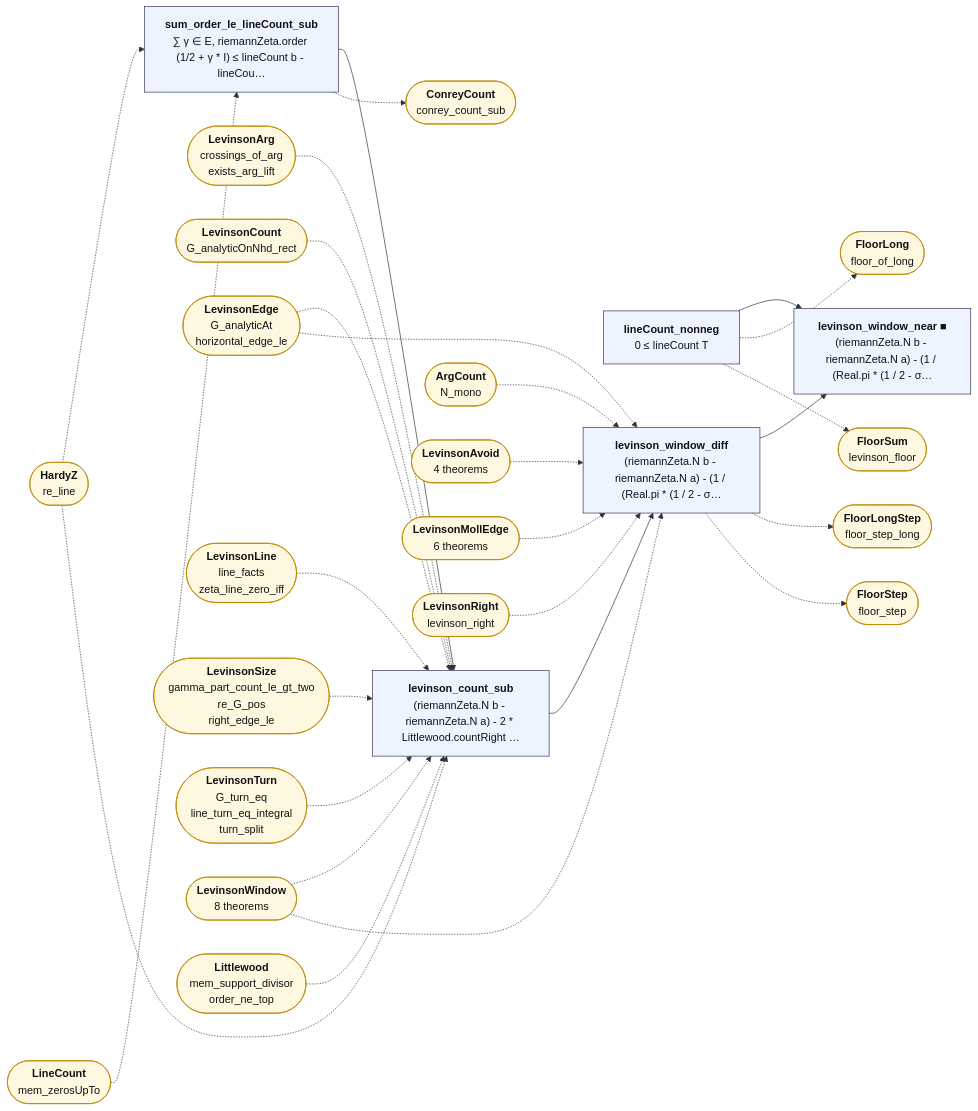
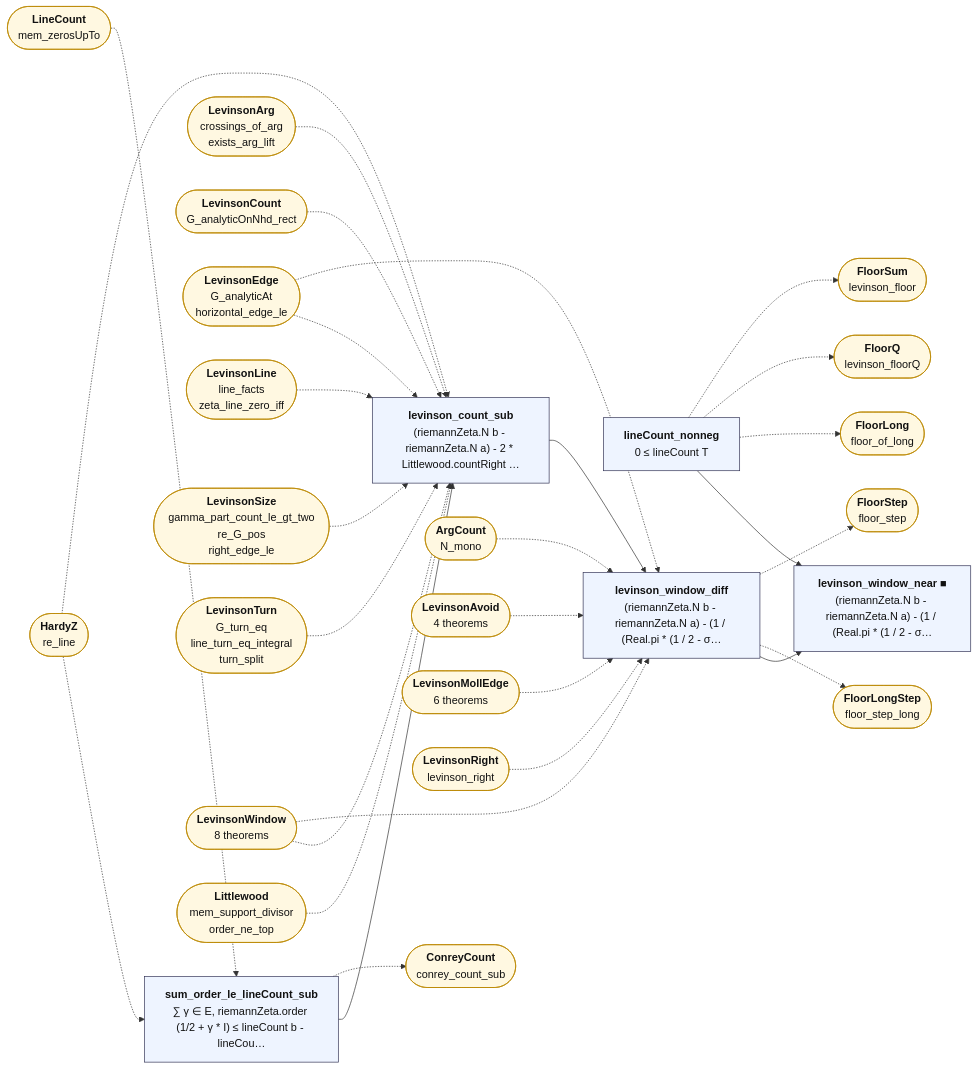
The diagram in map/lean_stage3/LevinsonWindowNear.md (juliansambranojr/Primebeat_081426), drawn with Mermaid before and after one commit. The commit also changed other lines of this file and 70 other files, not shown here.

````diff
--- a/map/lean_stage3/LevinsonWindowNear.md
+++ b/map/lean_stage3/LevinsonWindowNear.md
@@ -14,61 +14,63 @@
 ```mermaid
 flowchart LR
   n0["<b>sum_order_le_lineCount_sub</b><br/>∑ γ ∈ E, riemannZeta.order (1/2 + γ * I) ≤ lineCount b - lineCou…"]:::thm
   n1["<b>lineCount_nonneg</b><br/>0 ≤ lineCount T"]:::thm
   n2["<b>levinson_count_sub</b><br/>(riemannZeta.N b - riemannZeta.N a) - 2 * Littlewood.countRight …"]:::thm
   n3["<b>levinson_window_diff</b><br/>(riemannZeta.N b - riemannZeta.N a) - (1 / (Real.pi * (1 / 2 - σ…"]:::thm
   n4["<b>levinson_window_near ■</b><br/>(riemannZeta.N b - riemannZeta.N a) - (1 / (Real.pi * (1 / 2 - σ…"]:::thm
   x0(["<b>HardyZ</b><br/>re_line"]):::ext
   x1(["<b>LineCount</b><br/>mem_zerosUpTo"]):::ext
   x2(["<b>ConreyCount</b><br/>conrey_count_sub"]):::ext
   x3(["<b>FloorLong</b><br/>floor_of_long"]):::ext
-  x4(["<b>FloorSum</b><br/>levinson_floor"]):::ext
-  x5(["<b>LevinsonArg</b><br/>crossings_of_arg<br/>exists_arg_lift"]):::ext
-  x6(["<b>LevinsonCount</b><br/>G_analyticOnNhd_rect"]):::ext
-  x7(["<b>LevinsonEdge</b><br/>G_analyticAt<br/>horizontal_edge_le"]):::ext
-  x8(["<b>LevinsonLine</b><br/>line_facts<br/>zeta_line_zero_iff"]):::ext
-  x9(["<b>LevinsonSize</b><br/>gamma_part_count_le_gt_two<br/>re_G_pos<br/>right_edge_le"]):::ext
-  x10(["<b>LevinsonTurn</b><br/>G_turn_eq<br/>line_turn_eq_integral<br/>turn_split"]):::ext
-  x11(["<b>LevinsonWindow</b><br/>8 theorems"]):::ext
-  x12(["<b>Littlewood</b><br/>mem_support_divisor<br/>order_ne_top"]):::ext
-  x13(["<b>ArgCount</b><br/>N_mono"]):::ext
-  x14(["<b>LevinsonAvoid</b><br/>4 theorems"]):::ext
-  x15(["<b>LevinsonMollEdge</b><br/>6 theorems"]):::ext
-  x16(["<b>LevinsonRight</b><br/>levinson_right"]):::ext
-  x17(["<b>FloorLongStep</b><br/>floor_step_long"]):::ext
-  x18(["<b>FloorStep</b><br/>floor_step"]):::ext
+  x4(["<b>FloorQ</b><br/>levinson_floorQ"]):::ext
+  x5(["<b>FloorSum</b><br/>levinson_floor"]):::ext
+  x6(["<b>LevinsonArg</b><br/>crossings_of_arg<br/>exists_arg_lift"]):::ext
+  x7(["<b>LevinsonCount</b><br/>G_analyticOnNhd_rect"]):::ext
+  x8(["<b>LevinsonEdge</b><br/>G_analyticAt<br/>horizontal_edge_le"]):::ext
+  x9(["<b>LevinsonLine</b><br/>line_facts<br/>zeta_line_zero_iff"]):::ext
+  x10(["<b>LevinsonSize</b><br/>gamma_part_count_le_gt_two<br/>re_G_pos<br/>right_edge_le"]):::ext
+  x11(["<b>LevinsonTurn</b><br/>G_turn_eq<br/>line_turn_eq_integral<br/>turn_split"]):::ext
+  x12(["<b>LevinsonWindow</b><br/>8 theorems"]):::ext
+  x13(["<b>Littlewood</b><br/>mem_support_divisor<br/>order_ne_top"]):::ext
+  x14(["<b>ArgCount</b><br/>N_mono"]):::ext
+  x15(["<b>LevinsonAvoid</b><br/>4 theorems"]):::ext
+  x16(["<b>LevinsonMollEdge</b><br/>6 theorems"]):::ext
+  x17(["<b>LevinsonRight</b><br/>levinson_right"]):::ext
+  x18(["<b>FloorLongStep</b><br/>floor_step_long"]):::ext
+  x19(["<b>FloorStep</b><br/>floor_step"]):::ext
   n0 --> n2
   n1 --> n4
   n2 --> n3
   n3 --> n4
   n0 -.-> x2
   n1 -.-> x3
   n1 -.-> x4
-  n3 -.-> x17
+  n1 -.-> x5
   n3 -.-> x18
+  n3 -.-> x19
   x0 -.-> n0
   x0 -.-> n2
   x1 -.-> n0
   x10 -.-> n2
   x11 -.-> n2
-  x11 -.-> n3
   x12 -.-> n2
-  x13 -.-> n3
+  x12 -.-> n3
+  x13 -.-> n2
   x14 -.-> n3
   x15 -.-> n3
   x16 -.-> n3
-  x5 -.-> n2
+  x17 -.-> n3
   x6 -.-> n2
   x7 -.-> n2
-  x7 -.-> n3
   x8 -.-> n2
+  x8 -.-> n3
   x9 -.-> n2
   classDef cnt fill:#dff5ec,stroke:#17694a,color:#111
   classDef shp fill:#f1ecfb,stroke:#5b3fa0,color:#111
   classDef rh fill:#ffe5e5,stroke:#c22,color:#111,stroke-width:2px
   classDef thm fill:#eef4ff,stroke:#335,color:#111
   classDef end_ fill:#e7f7e7,stroke:#2a7,color:#111,stroke-width:2px
   classDef lone fill:#fff,stroke:#999,color:#111,stroke-dasharray:4 3
   classDef bad fill:#ffe5e5,stroke:#c22,color:#111,stroke-width:2px
   classDef ext fill:#fff8e1,stroke:#b80,color:#111
 ```
````
